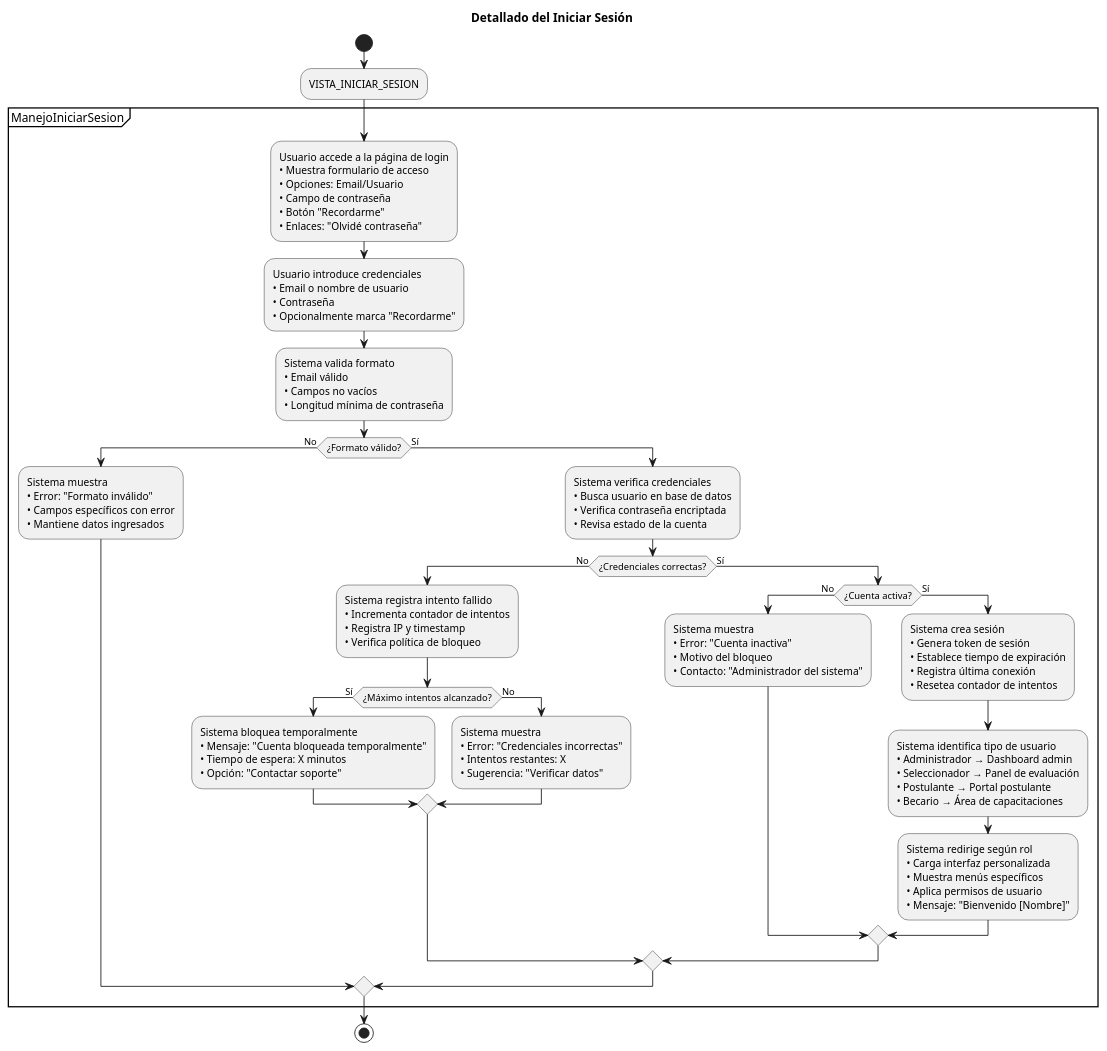
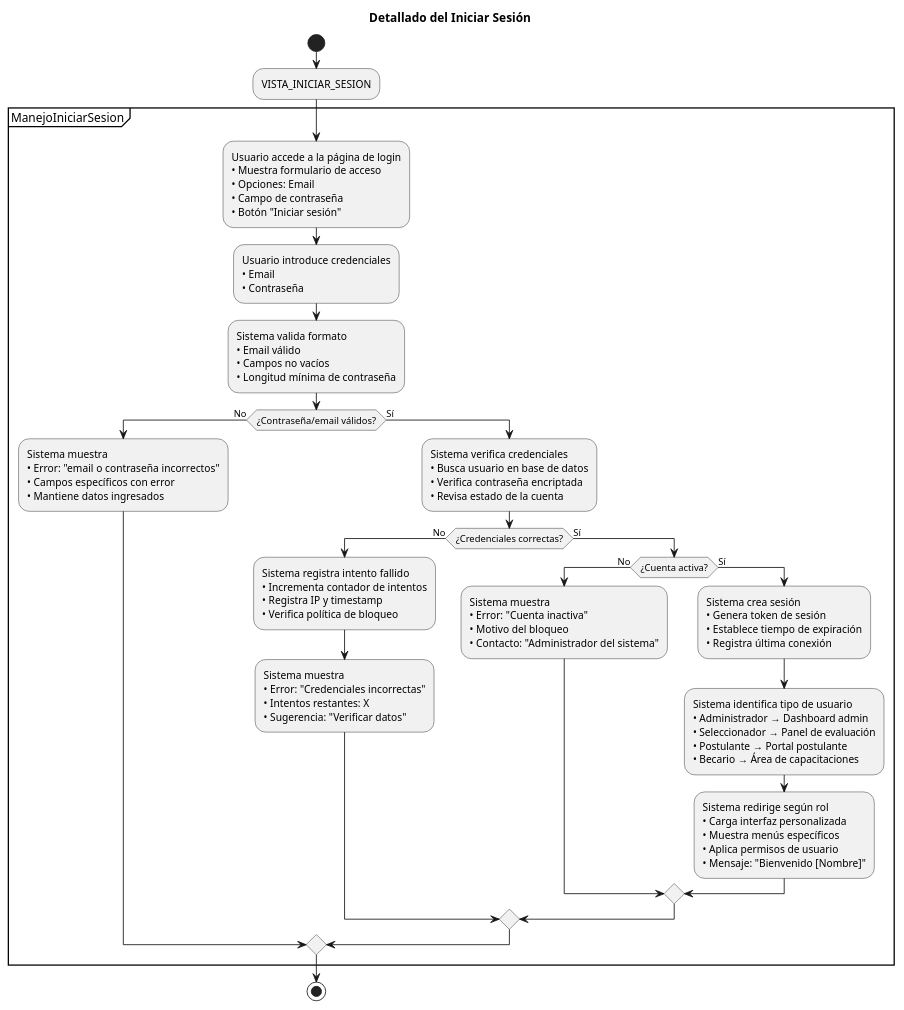
The diagram in casos_de_uso/diagramas_casos_de_uso_detallados/iniciar_sesion.puml (Dievex/24-25-IdSw1-SDR), drawn with PlantUML before and after one commit.

```diff
--- a/casos_de_uso/diagramas_casos_de_uso_detallados/iniciar_sesion.puml
+++ b/casos_de_uso/diagramas_casos_de_uso_detallados/iniciar_sesion.puml
@@ -1,94 +1,87 @@
 @startuml
 title Detallado del Iniciar Sesión
 
 start
 
 :VISTA_INICIAR_SESION;
 
 partition ManejoIniciarSesion {
   
   :Usuario accede a la página de login
   • Muestra formulario de acceso
-  • Opciones: Email/Usuario
+  • Opciones: Email
   • Campo de contraseña
-  • Botón "Recordarme"
-  • Enlaces: "Olvidé contraseña";
+  • Botón "Iniciar sesión";
+
   
   :Usuario introduce credenciales
-  • Email o nombre de usuario
-  • Contraseña
-  • Opcionalmente marca "Recordarme";
+  • Email 
+  • Contraseña;
+ 
   
   :Sistema valida formato
   • Email válido
   • Campos no vacíos
   • Longitud mínima de contraseña;
   
-  if (¿Formato válido?) then (No)
+  if (¿Contraseña/email válidos?) then (No)
     :Sistema muestra
-    • Error: "Formato inválido"
+    • Error: "email o contraseña incorrectos"
     • Campos específicos con error
     • Mantiene datos ingresados;
     
   else (Sí)
     :Sistema verifica credenciales
     • Busca usuario en base de datos
     • Verifica contraseña encriptada
     • Revisa estado de la cuenta;
     
     if (¿Credenciales correctas?) then (No)
       :Sistema registra intento fallido
       • Incrementa contador de intentos
       • Registra IP y timestamp
       • Verifica política de bloqueo;
       
-      if (¿Máximo intentos alcanzado?) then (Sí)
-        :Sistema bloquea temporalmente
-        • Mensaje: "Cuenta bloqueada temporalmente"
-        • Tiempo de espera: X minutos
-        • Opción: "Contactar soporte";
-        
-      else (No)
-        :Sistema muestra
-        • Error: "Credenciales incorrectas"
-        • Intentos restantes: X
-        • Sugerencia: "Verificar datos";
-        
-      endif
+      
+      :Sistema muestra
+      • Error: "Credenciales incorrectas"
+      • Intentos restantes: X
+      • Sugerencia: "Verificar datos";
+    
       
     else (Sí)
       if (¿Cuenta activa?) then (No)
         :Sistema muestra
         • Error: "Cuenta inactiva"
         • Motivo del bloqueo
         • Contacto: "Administrador del sistema";
         
       else (Sí)
         :Sistema crea sesión
         • Genera token de sesión
         • Establece tiempo de expiración
-        • Registra última conexión
-        • Resetea contador de intentos;
+        • Registra última conexión;
+       
         
         :Sistema identifica tipo de usuario
         • Administrador → Dashboard admin
         • Seleccionador → Panel de evaluación
         • Postulante → Portal postulante
         • Becario → Área de capacitaciones;
         
         :Sistema redirige según rol
         • Carga interfaz personalizada
         • Muestra menús específicos
         • Aplica permisos de usuario
         • Mensaje: "Bienvenido [Nombre]";
         
       endif
       
     endif
     
   endif
   
 }
 
 stop
 @enduml
```
